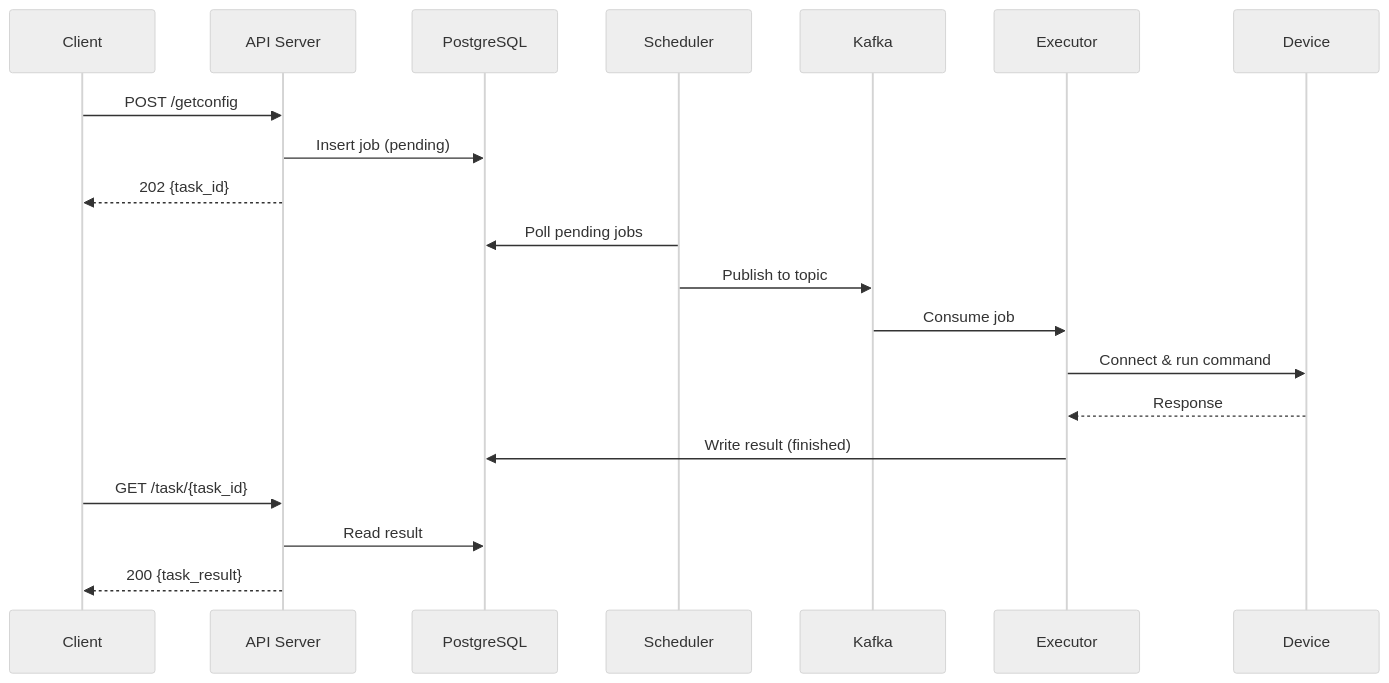
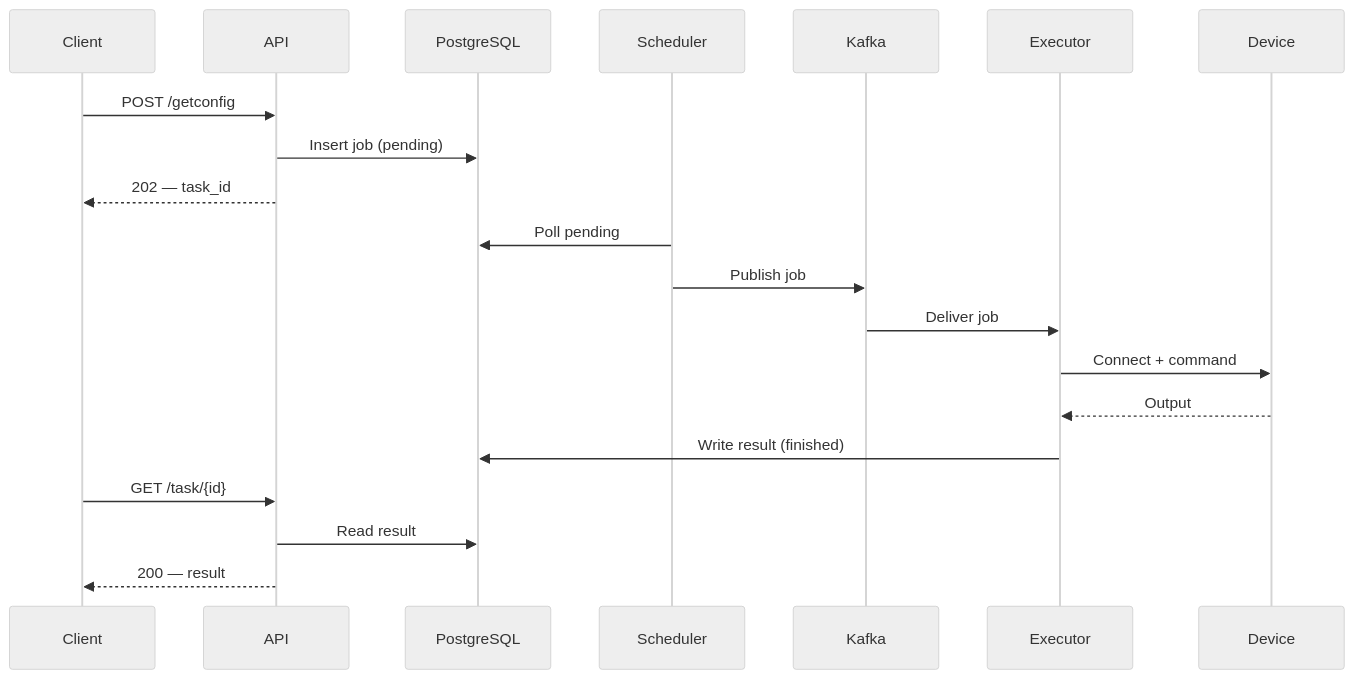
One commit to tbotnz/netpalm changed the second of 6 diagrams in README.md. Above: the diagram before and after it, drawn with Mermaid (neutral theme). The commit also changed other lines of this file and 2 other files, not shown here.

````diff
--- a/README.md
+++ b/README.md
@@ -49,23 +81,26 @@
 ```mermaid
 sequenceDiagram
     participant C as Client
-    participant A as API Server
+    participant A as API
     participant DB as PostgreSQL
     participant S as Scheduler
     participant K as Kafka
     participant E as Executor
     participant D as Device
 
     C->>A: POST /getconfig
     A->>DB: Insert job (pending)
-    A-->>C: 202 {task_id}
-    S->>DB: Poll pending jobs
-    S->>K: Publish to topic
-    K->>E: Consume job
-    E->>D: Connect & run command
-    D-->>E: Response
+    A-->>C: 202 — task_id
+
+    S->>DB: Poll pending
+    S->>K: Publish job
+
+    K->>E: Deliver job
+    E->>D: Connect + command
+    D-->>E: Output
     E->>DB: Write result (finished)
-    C->>A: GET /task/{task_id}
+
+    C->>A: GET /task/{id}
     A->>DB: Read result
-    A-->>C: 200 {task_result}
+    A-->>C: 200 — result
 ```
````
